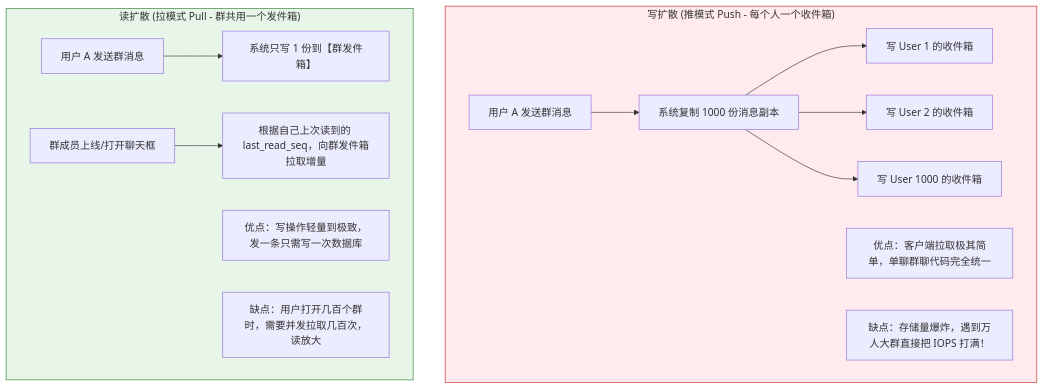
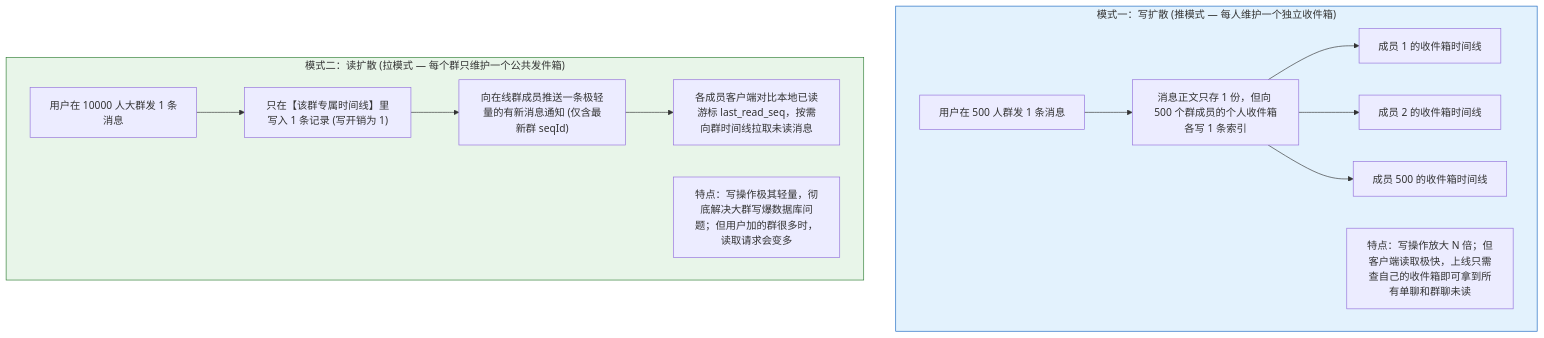
Before and after one commit to GuoWWWX/knowledge-base: the third of 3 diagrams in 20-Java后端/08-系统设计/06-即时通讯系统设计.md, drawn with Mermaid. The commit also changed other lines of this file and 251 other files, not shown here.

````diff
--- a/20-Java后端/08-系统设计/06-即时通讯系统设计.md
+++ b/20-Java后端/08-系统设计/06-即时通讯系统设计.md
@@ -143,21 +228,20 @@
 ```mermaid
-graph TD
-    subgraph PushModel["写扩散 (推模式 Push - 每个人一个收件箱)"]
-        P_A["用户 A 发送群消息"] --> P_Copy["系统复制 1000 份消息副本"]
-        P_Copy --> Box1["写 User 1 的收件箱"]
-        P_Copy --> Box2["写 User 2 的收件箱"]
-        P_Copy --> Box1000["写 User 1000 的收件箱"]
-        P_Pros["优点：客户端拉取极其简单，单聊群聊代码完全统一"]
-        P_Cons["缺点：存储量爆炸，遇到万人大群直接把 IOPS 打满！"]
+flowchart TD
+    subgraph PushModel["模式一：写扩散 (推模式 — 每人维护一个独立收件箱)"]
+        P_Send["用户在 500 人群发 1 条消息"] --> P_Store["消息正文只存 1 份，但向 500 个群成员的个人收件箱各写 1 条索引"]
+        P_Store --> Box1["成员 1 的收件箱时间线"]
+        P_Store --> Box2["成员 2 的收件箱时间线"]
+        P_Store --> BoxN["成员 500 的收件箱时间线"]
+        P_Summary["特点：写操作放大 N 倍；但客户端读取极快，上线只需查自己的收件箱即可拿到所有单聊和群聊未读"]
     end
 
-    subgraph PullModel["读扩散 (拉模式 Pull - 群共用一个发件箱)"]
-        L_A["用户 A 发送群消息"] --> L_One["系统只写 1 份到【群发件箱】"]
-        L_User["群成员上线/打开聊天框"] --> L_Pull["根据自己上次读到的 last_read_seq，向群发件箱拉取增量"]
-        L_Pros["优点：写操作轻量到极致，发一条只需写一次数据库"]
-        L_Cons["缺点：用户打开几百个群时，需要并发拉取几百次，读放大"]
+    subgraph PullModel["模式二：读扩散 (拉模式 — 每个群只维护一个公共发件箱)"]
+        L_Send["用户在 10000 人大群发 1 条消息"] --> L_Store["只在【该群专属时间线】里写入 1 条记录 (写开销为 1)"]
+        L_Store --> L_Notify["向在线群成员推送一条极轻量的有新消息通知 (仅含最新群 seqId)"]
+        L_Notify --> L_Pull["各成员客户端对比本地已读游标 last_read_seq，按需向群时间线拉取未读消息"]
+        L_Summary["特点：写操作极其轻量，彻底解决大群写爆数据库问题；但用户加的群很多时，读取请求会变多"]
     end
 
-    style PushModel fill:#ffebee,stroke:#c62828,stroke-width:1px
+    style PushModel fill:#e3f2fd,stroke:#1565c0,stroke-width:1px
     style PullModel fill:#e8f5e9,stroke:#2e7d32,stroke-width:1px
 ```
````
